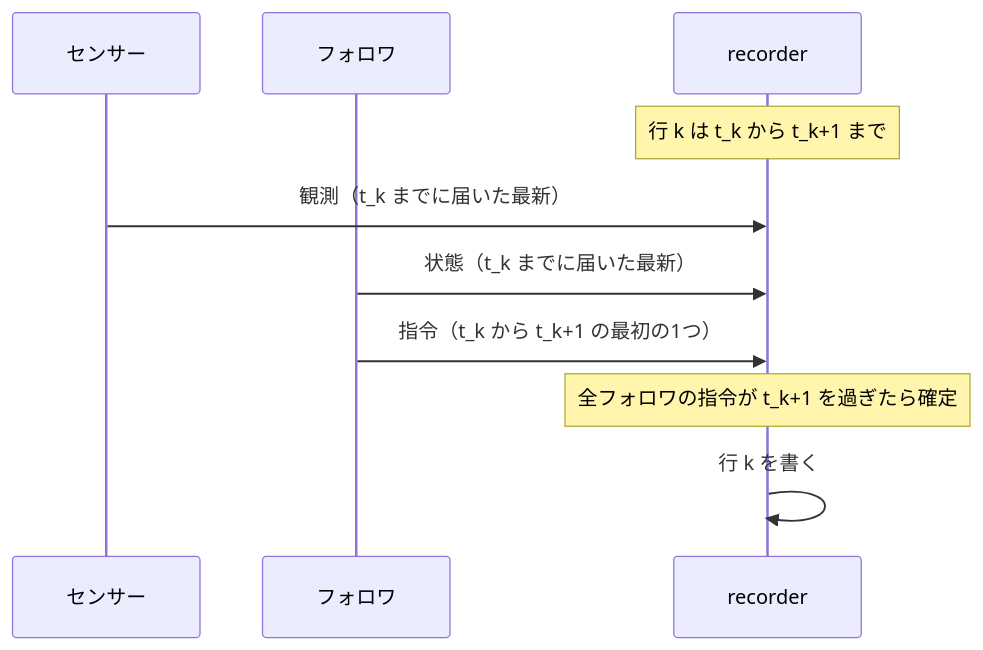
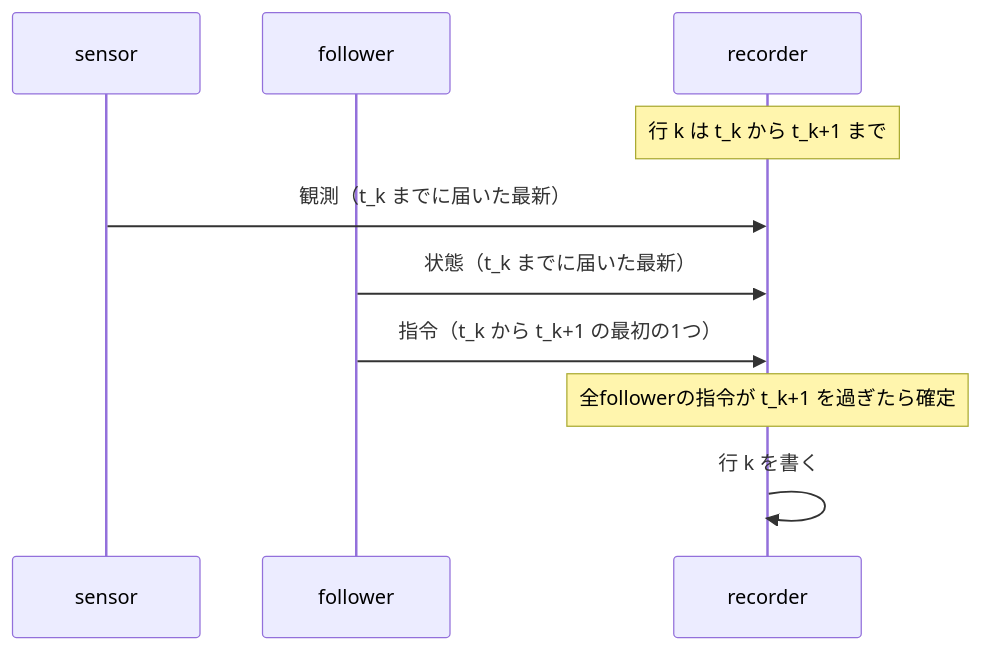
Before and after one commit to tetsugo02/roboloom: the diagram in docs/ja/data/format.md, drawn with Mermaid. The commit also changed other lines of this file and 74 other files, not shown here.

````diff
--- a/docs/ja/data/format.md
+++ b/docs/ja/data/format.md
@@ -38,12 +38,12 @@
 ```mermaid
 sequenceDiagram
-  participant X as センサー
-  participant F as フォロワ
+  participant X as sensor
+  participant F as follower
   participant R as recorder
   Note over R: 行 k は t_k から t_k+1 まで
   X->>R: 観測（t_k までに届いた最新）
   F->>R: 状態（t_k までに届いた最新）
   F->>R: 指令（t_k から t_k+1 の最初の1つ）
-  Note over R: 全フォロワの指令が t_k+1 を過ぎたら確定
+  Note over R: 全followerの指令が t_k+1 を過ぎたら確定
   R->>R: 行 k を書く
 ```
````
